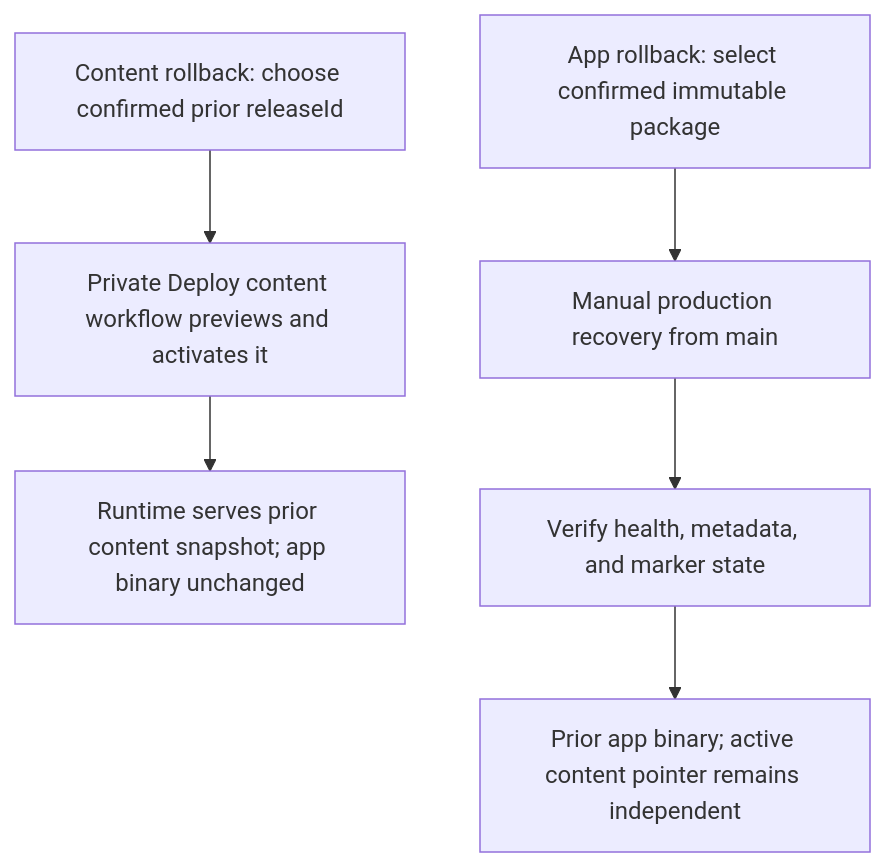
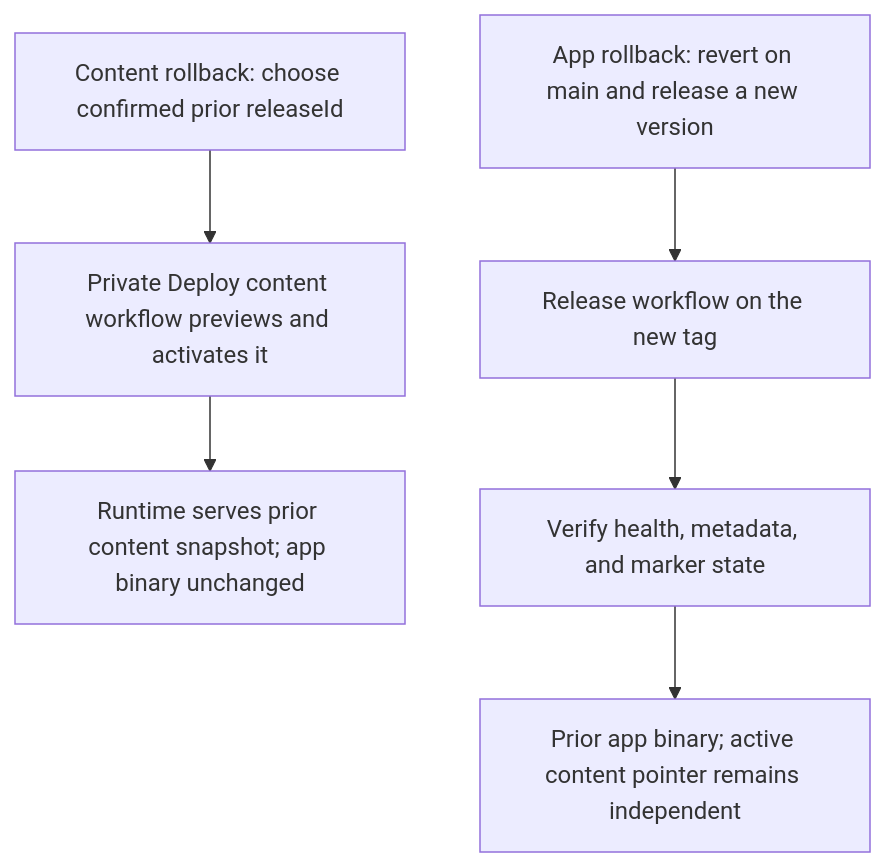
One commit to fredrik-hellmangroup/cv-online-presenter changed the fifth of 5 diagrams in docs/repositories.md. Above: the diagram before and after it, drawn with Mermaid. The commit also changed other lines of this file and 9 other files, not shown here.

First line of the commit message:
chore(deploy): remove the manual production recovery workflow and logic

````diff
--- a/docs/repositories.md
+++ b/docs/repositories.md
@@ -114,8 +114,8 @@
 ```mermaid
 flowchart TD
     C["Content rollback: choose confirmed prior releaseId"] --> CP["Private Deploy content workflow previews and activates it"]
     CP --> CS["Runtime serves prior content snapshot; app binary unchanged"]
-    A["App rollback: select confirmed immutable package"] --> AP["Manual production recovery from main"]
+    A["App rollback: revert on main and release a new version"] --> AP["Release workflow on the new tag"]
     AP --> AV["Verify health, metadata, and marker state"]
     AV --> AS["Prior app binary; active content pointer remains independent"]
 ```
````
